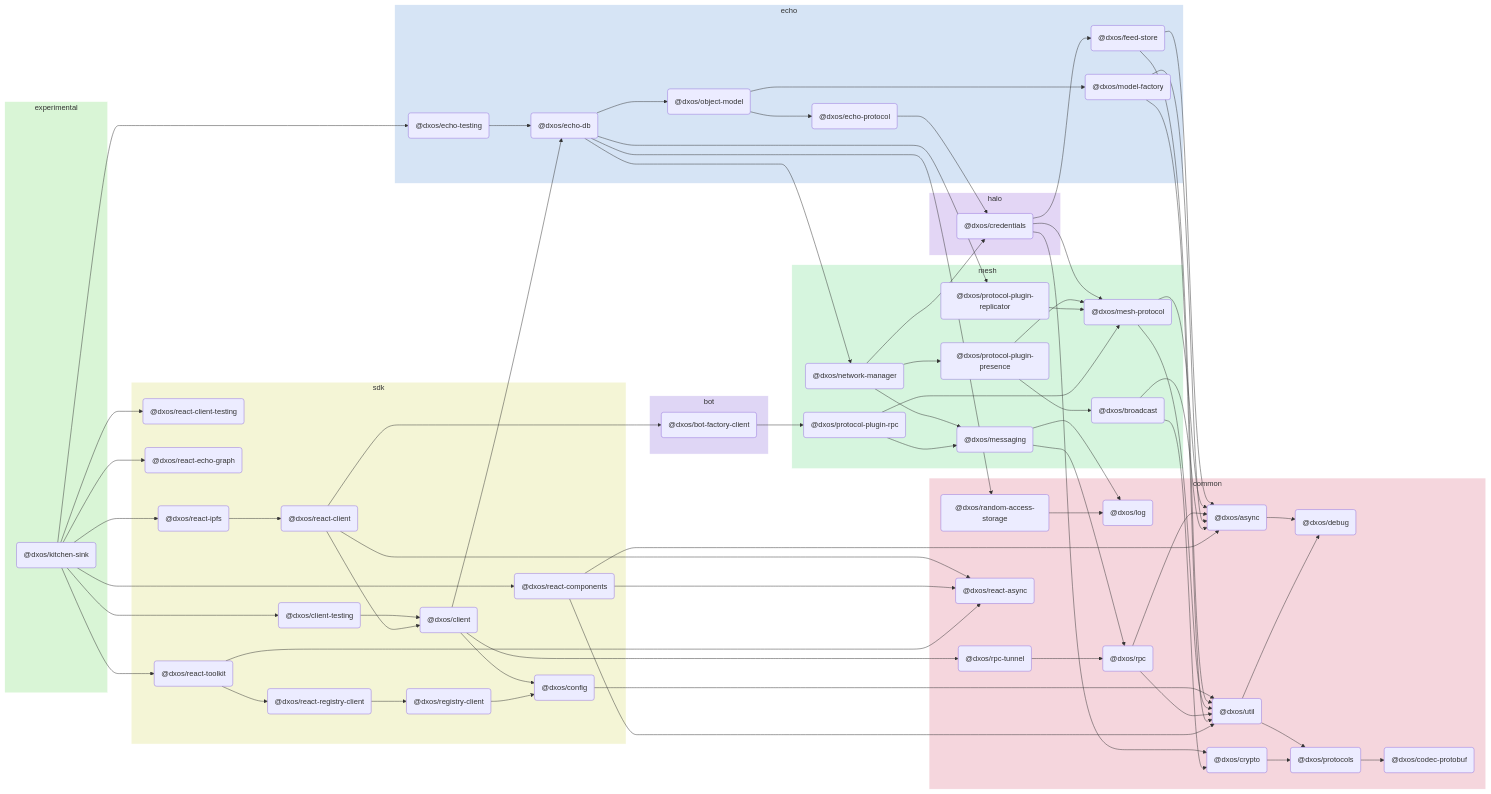
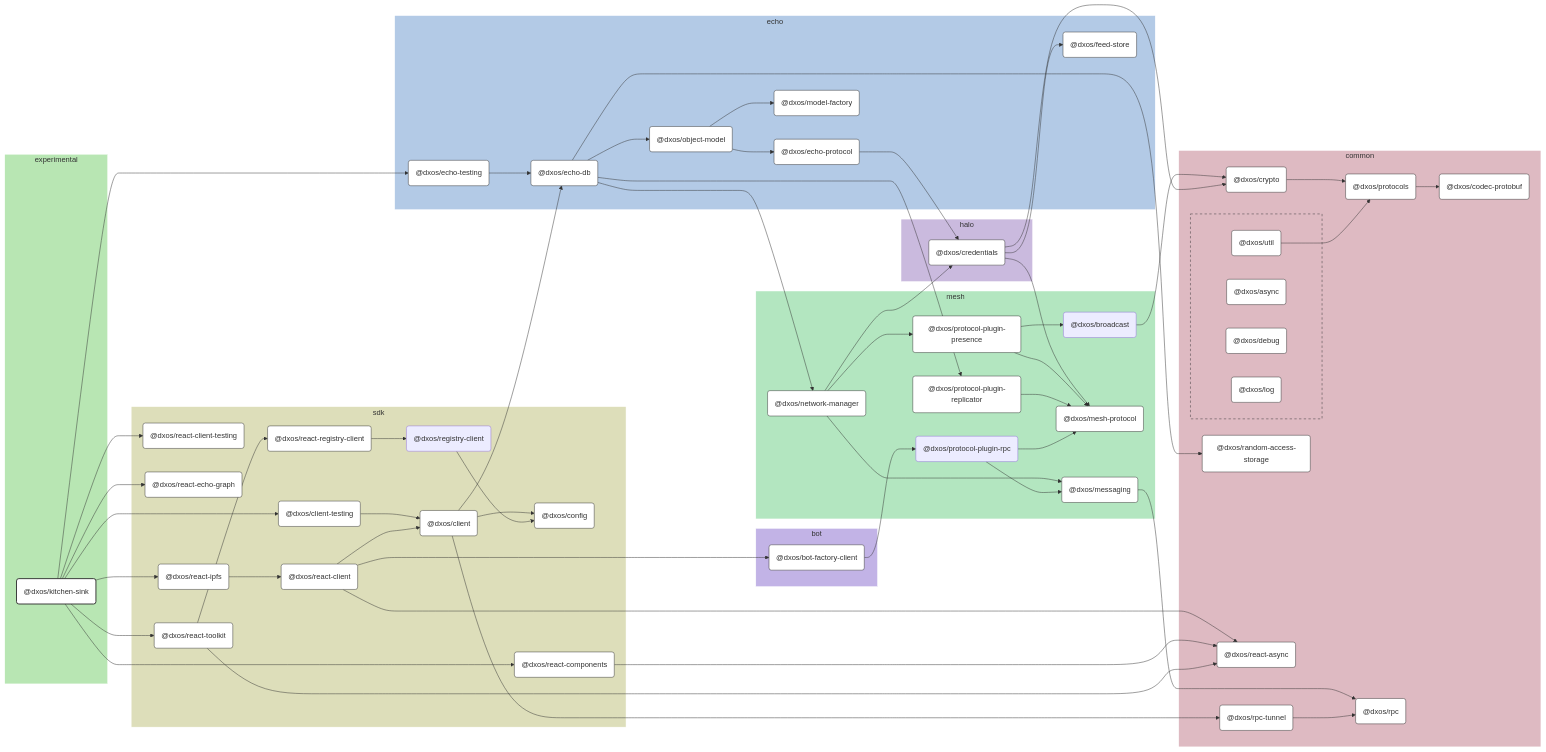
The diagram in apps/experimental/kitchen-sink/docs/README.md (dxos/dxos), drawn with Mermaid before and after one commit. The commit also changed other lines of this file and 109 other files, not shown here.

````diff
--- a/apps/experimental/kitchen-sink/docs/README.md
+++ b/apps/experimental/kitchen-sink/docs/README.md
@@ -5,132 +7,211 @@
 ```mermaid
-flowchart LR;
+%%{ init: {'flowchart':{'curve':'basis'}} }%%
 
+flowchart LR
+
+%% Links
+dxos/bot-factory-client --> dxos/protocol-plugin-rpc;
+dxos/broadcast --> dxos/crypto;
+dxos/client --> dxos/config;
+dxos/client --> dxos/echo-db;
+dxos/client --> dxos/rpc-tunnel;
+dxos/client-testing --> dxos/client;
+dxos/credentials --> dxos/crypto;
+dxos/credentials --> dxos/feed-store;
+dxos/credentials --> dxos/mesh-protocol;
+dxos/crypto --> dxos/protocols;
+dxos/echo-db --> dxos/network-manager;
+dxos/echo-db --> dxos/object-model;
+dxos/echo-db --> dxos/protocol-plugin-replicator;
+dxos/echo-db --> dxos/random-access-storage;
+dxos/echo-protocol --> dxos/credentials;
+dxos/echo-testing --> dxos/echo-db;
+dxos/kitchen-sink --> dxos/client-testing;
+dxos/kitchen-sink --> dxos/echo-testing;
+dxos/kitchen-sink --> dxos/react-client-testing;
+dxos/kitchen-sink --> dxos/react-components;
+dxos/kitchen-sink --> dxos/react-echo-graph;
+dxos/kitchen-sink --> dxos/react-ipfs;
+dxos/kitchen-sink --> dxos/react-toolkit;
+dxos/messaging --> dxos/rpc;
+dxos/network-manager --> dxos/credentials;
+dxos/network-manager --> dxos/messaging;
+dxos/network-manager --> dxos/protocol-plugin-presence;
+dxos/object-model --> dxos/echo-protocol;
+dxos/object-model --> dxos/model-factory;
+dxos/protocol-plugin-presence --> dxos/broadcast;
+dxos/protocol-plugin-presence --> dxos/mesh-protocol;
+dxos/protocol-plugin-replicator --> dxos/mesh-protocol;
+dxos/protocol-plugin-rpc --> dxos/mesh-protocol;
+dxos/protocol-plugin-rpc --> dxos/messaging;
+dxos/protocols --> dxos/codec-protobuf;
+dxos/react-client --> dxos/bot-factory-client;
+dxos/react-client --> dxos/client;
+dxos/react-client --> dxos/react-async;
+dxos/react-components --> dxos/react-async;
+dxos/react-ipfs --> dxos/react-client;
+dxos/react-registry-client --> dxos/registry-client;
+dxos/react-toolkit --> dxos/react-async;
+dxos/react-toolkit --> dxos/react-registry-client;
+dxos/registry-client --> dxos/config;
+dxos/rpc-tunnel --> dxos/rpc;
+dxos/util --> dxos/protocols;
+
+%% Sections
 subgraph experimental
-  style experimental fill:#d9f5d6,stroke:#fff;
-  dxos/kitchen-sink("@dxos/kitchen-sink");
+  style experimental fill:#b8e6b3,stroke:#fff;
+
+  dxos/kitchen-sink("@dxos/kitchen-sink")
 end
 
 subgraph sdk
-  style sdk fill:#f4f5d6,stroke:#fff;
-  dxos/client("@dxos/client");
-  dxos/config("@dxos/config");
-  dxos/client-testing("@dxos/client-testing");
-  dxos/react-client("@dxos/react-client");
-  dxos/react-client-testing("@dxos/react-client-testing");
-  dxos/react-components("@dxos/react-components");
-  dxos/react-echo-graph("@dxos/react-echo-graph");
-  dxos/react-ipfs("@dxos/react-ipfs");
-  dxos/react-toolkit("@dxos/react-toolkit");
-  dxos/react-registry-client("@dxos/react-registry-client");
-  dxos/registry-client("@dxos/registry-client");
+  style sdk fill:#dddeba,stroke:#fff;
+
+  dxos/client("@dxos/client")
+  dxos/client-testing("@dxos/client-testing")
+  dxos/config("@dxos/config")
+  dxos/react-client("@dxos/react-client")
+  dxos/react-client-testing("@dxos/react-client-testing")
+  dxos/react-components("@dxos/react-components")
+  dxos/react-echo-graph("@dxos/react-echo-graph")
+  dxos/react-ipfs("@dxos/react-ipfs")
+  dxos/react-registry-client("@dxos/react-registry-client")
+  dxos/react-toolkit("@dxos/react-toolkit")
+  dxos/registry-client("@dxos/registry-client")
 end
 
 subgraph common
-  style common fill:#f5d6dd,stroke:#fff;
-  dxos/async("@dxos/async");
-  dxos/debug("@dxos/debug");
-  dxos/codec-protobuf("@dxos/codec-protobuf");
-  dxos/protocols("@dxos/protocols");
-  dxos/util("@dxos/util");
-  dxos/log("@dxos/log");
-  dxos/crypto("@dxos/crypto");
-  dxos/rpc("@dxos/rpc");
-  dxos/random-access-storage("@dxos/random-access-storage");
-  dxos/rpc-tunnel("@dxos/rpc-tunnel");
-  dxos/react-async("@dxos/react-async");
+  style common fill:#debac2,stroke:#fff;
+
+  dxos/codec-protobuf("@dxos/codec-protobuf")
+  dxos/crypto("@dxos/crypto")
+  dxos/protocols("@dxos/protocols")
+  dxos/random-access-storage("@dxos/random-access-storage")
+  dxos/react-async("@dxos/react-async")
+  dxos/rpc("@dxos/rpc")
+  dxos/rpc-tunnel("@dxos/rpc-tunnel")
+
+  subgraph common-excluded [ ]
+    style common-excluded fill:#debac2,stroke:#333,stroke-dasharray:5 5;
+
+    dxos/async("@dxos/async")
+    dxos/debug("@dxos/debug")
+    dxos/log("@dxos/log")
+    dxos/util("@dxos/util")
+  end
 end
 
 subgraph echo
-  style echo fill:#d6e4f5,stroke:#fff;
-  dxos/echo-db("@dxos/echo-db");
-  dxos/feed-store("@dxos/feed-store");
-  dxos/echo-protocol("@dxos/echo-protocol");
-  dxos/model-factory("@dxos/model-factory");
-  dxos/object-model("@dxos/object-model");
-  dxos/echo-testing("@dxos/echo-testing");
+  style echo fill:#b3cae6,stroke:#fff;
+
+  dxos/echo-db("@dxos/echo-db")
+  dxos/echo-protocol("@dxos/echo-protocol")
+  dxos/echo-testing("@dxos/echo-testing")
+  dxos/feed-store("@dxos/feed-store")
+  dxos/model-factory("@dxos/model-factory")
+  dxos/object-model("@dxos/object-model")
 end
 
 subgraph halo
-  style halo fill:#e3d6f5,stroke:#fff;
-  dxos/credentials("@dxos/credentials");
+  style halo fill:#cabade,stroke:#fff;
+
+  dxos/credentials("@dxos/credentials")
 end
 
 subgraph mesh
-  style mesh fill:#d6f5de,stroke:#fff;
-  dxos/mesh-protocol("@dxos/mesh-protocol");
-  dxos/messaging("@dxos/messaging");
-  dxos/network-manager("@dxos/network-manager");
-  dxos/protocol-plugin-presence("@dxos/protocol-plugin-presence");
-  dxos/broadcast("@dxos/broadcast");
-  dxos/protocol-plugin-replicator("@dxos/protocol-plugin-replicator");
-  dxos/protocol-plugin-rpc("@dxos/protocol-plugin-rpc");
+  style mesh fill:#b3e6c0,stroke:#fff;
+
+  dxos/broadcast("@dxos/broadcast")
+  dxos/mesh-protocol("@dxos/mesh-protocol")
+  dxos/messaging("@dxos/messaging")
+  dxos/network-manager("@dxos/network-manager")
+  dxos/protocol-plugin-presence("@dxos/protocol-plugin-presence")
+  dxos/protocol-plugin-replicator("@dxos/protocol-plugin-replicator")
+  dxos/protocol-plugin-rpc("@dxos/protocol-plugin-rpc")
 end
 
 subgraph bot
-  style bot fill:#dfd6f5,stroke:#fff;
-  dxos/bot-factory-client("@dxos/bot-factory-client");
+  style bot fill:#c2b3e6,stroke:#fff;
+
+  dxos/bot-factory-client("@dxos/bot-factory-client")
 end
 
-dxos/async --> dxos/debug;
-dxos/client --> dxos/config;
-dxos/protocols --> dxos/codec-protobuf;
-dxos/config --> dxos/util;
-dxos/util --> dxos/debug;
-dxos/util --> dxos/protocols;
-dxos/client --> dxos/echo-db;
-dxos/credentials --> dxos/crypto;
-dxos/crypto --> dxos/protocols;
-dxos/credentials --> dxos/feed-store;
-dxos/feed-store --> dxos/async;
-dxos/feed-store --> dxos/util;
-dxos/credentials --> dxos/mesh-protocol;
-dxos/mesh-protocol --> dxos/async;
-dxos/mesh-protocol --> dxos/util;
-dxos/echo-protocol --> dxos/credentials;
-dxos/messaging --> dxos/log;
-dxos/messaging --> dxos/rpc;
-dxos/rpc --> dxos/async;
-dxos/rpc --> dxos/util;
-dxos/model-factory --> dxos/async;
-dxos/model-factory --> dxos/util;
-dxos/echo-db --> dxos/network-manager;
-dxos/network-manager --> dxos/credentials;
-dxos/network-manager --> dxos/messaging;
-dxos/network-manager --> dxos/protocol-plugin-presence;
-dxos/protocol-plugin-presence --> dxos/broadcast;
-dxos/broadcast --> dxos/async;
-dxos/broadcast --> dxos/crypto;
-dxos/protocol-plugin-presence --> dxos/mesh-protocol;
-dxos/echo-db --> dxos/object-model;
-dxos/object-model --> dxos/echo-protocol;
-dxos/object-model --> dxos/model-factory;
-dxos/echo-db --> dxos/protocol-plugin-replicator;
-dxos/protocol-plugin-replicator --> dxos/mesh-protocol;
-dxos/echo-db --> dxos/random-access-storage;
-dxos/random-access-storage --> dxos/log;
-dxos/client --> dxos/rpc-tunnel;
-dxos/rpc-tunnel --> dxos/rpc;
-dxos/kitchen-sink --> dxos/client-testing;
-dxos/client-testing --> dxos/client;
-dxos/kitchen-sink --> dxos/echo-testing;
-dxos/echo-testing --> dxos/echo-db;
-dxos/react-client --> dxos/bot-factory-client;
-dxos/bot-factory-client --> dxos/protocol-plugin-rpc;
-dxos/protocol-plugin-rpc --> dxos/messaging;
-dxos/protocol-plugin-rpc --> dxos/mesh-protocol;
-dxos/react-client --> dxos/client;
-dxos/react-client --> dxos/react-async;
-dxos/kitchen-sink --> dxos/react-client-testing;
-dxos/kitchen-sink --> dxos/react-components;
-dxos/react-components --> dxos/async;
-dxos/react-components --> dxos/react-async;
-dxos/react-components --> dxos/util;
-dxos/kitchen-sink --> dxos/react-echo-graph;
-dxos/kitchen-sink --> dxos/react-ipfs;
-dxos/react-ipfs --> dxos/react-client;
-dxos/kitchen-sink --> dxos/react-toolkit;
-dxos/react-toolkit --> dxos/react-async;
-dxos/react-toolkit --> dxos/react-registry-client;
-dxos/react-registry-client --> dxos/registry-client;
-dxos/registry-client --> dxos/config;
+
+%% Hyperlinks
+click dxos/async href "https:/github.com/dxos/dxos/tree/main/packages/common/async/docs";
+click dxos/bot-factory-client href "https:/github.com/dxos/dxos/tree/main/packages/bot/bot-factory-client/docs";
+click dxos/client href "https:/github.com/dxos/dxos/tree/main/packages/sdk/client/docs";
+click dxos/client-testing href "https:/github.com/dxos/dxos/tree/main/packages/sdk/client-testing/docs";
+click dxos/codec-protobuf href "https:/github.com/dxos/dxos/tree/main/packages/common/codec-protobuf/docs";
+click dxos/config href "https:/github.com/dxos/dxos/tree/main/packages/sdk/config/docs";
+click dxos/credentials href "https:/github.com/dxos/dxos/tree/main/packages/halo/credentials/docs";
+click dxos/crypto href "https:/github.com/dxos/dxos/tree/main/packages/common/crypto/docs";
+click dxos/debug href "https:/github.com/dxos/dxos/tree/main/packages/common/debug/docs";
+click dxos/echo-db href "https:/github.com/dxos/dxos/tree/main/packages/echo/echo-db/docs";
+click dxos/echo-protocol href "https:/github.com/dxos/dxos/tree/main/packages/echo/echo-protocol/docs";
+click dxos/echo-testing href "https:/github.com/dxos/dxos/tree/main/packages/echo/echo-testing/docs";
+click dxos/feed-store href "https:/github.com/dxos/dxos/tree/main/packages/echo/feed-store/docs";
+click dxos/log href "https:/github.com/dxos/dxos/tree/main/packages/common/log/docs";
+click dxos/mesh-protocol href "https:/github.com/dxos/dxos/tree/main/packages/mesh/mesh-protocol/docs";
+click dxos/messaging href "https:/github.com/dxos/dxos/tree/main/packages/mesh/messaging/docs";
+click dxos/model-factory href "https:/github.com/dxos/dxos/tree/main/packages/echo/model-factory/docs";
+click dxos/network-manager href "https:/github.com/dxos/dxos/tree/main/packages/mesh/network-manager/docs";
+click dxos/object-model href "https:/github.com/dxos/dxos/tree/main/packages/echo/object-model/docs";
+click dxos/protocol-plugin-presence href "https:/github.com/dxos/dxos/tree/main/packages/mesh/protocol-plugin-presence/docs";
+click dxos/protocol-plugin-replicator href "https:/github.com/dxos/dxos/tree/main/packages/mesh/protocol-plugin-replicator/docs";
+click dxos/protocols href "https:/github.com/dxos/dxos/tree/main/packages/common/protocols/docs";
+click dxos/random-access-storage href "https:/github.com/dxos/dxos/tree/main/packages/common/random-access-storage/docs";
+click dxos/react-async href "https:/github.com/dxos/dxos/tree/main/packages/common/react-async/docs";
+click dxos/react-client href "https:/github.com/dxos/dxos/tree/main/packages/sdk/react-client/docs";
+click dxos/react-client-testing href "https:/github.com/dxos/dxos/tree/main/packages/sdk/react-client-testing/docs";
+click dxos/react-components href "https:/github.com/dxos/dxos/tree/main/packages/sdk/react-components/docs";
+click dxos/react-echo-graph href "https:/github.com/dxos/dxos/tree/main/packages/sdk/react-echo-graph/docs";
+click dxos/react-ipfs href "https:/github.com/dxos/dxos/tree/main/packages/sdk/react-ipfs/docs";
+click dxos/react-registry-client href "https:/github.com/dxos/dxos/tree/main/packages/sdk/react-registry-client/docs";
+click dxos/react-toolkit href "https:/github.com/dxos/dxos/tree/main/packages/sdk/react-toolkit/docs";
+click dxos/rpc href "https:/github.com/dxos/dxos/tree/main/packages/common/rpc/docs";
+click dxos/rpc-tunnel href "https:/github.com/dxos/dxos/tree/main/packages/common/rpc-tunnel/docs";
+click dxos/util href "https:/github.com/dxos/dxos/tree/main/packages/common/util/docs";
+
+%% Styles
+classDef rootNode fill:#fff,stroke:#333,stroke-width:2px
+classDef defaultNode fill:#fff,stroke:#333,stroke-width:1px
+linkStyle default stroke:#333,stroke-width:1px
+
+dxos/kitchen-sink:::rootNode
+
+dxos/async:::defaultNode
+dxos/bot-factory-client:::defaultNode
+dxos/client:::defaultNode
+dxos/client-testing:::defaultNode
+dxos/codec-protobuf:::defaultNode
+dxos/config:::defaultNode
+dxos/credentials:::defaultNode
+dxos/crypto:::defaultNode
+dxos/debug:::defaultNode
+dxos/echo-db:::defaultNode
+dxos/echo-protocol:::defaultNode
+dxos/echo-testing:::defaultNode
+dxos/feed-store:::defaultNode
+dxos/log:::defaultNode
+dxos/mesh-protocol:::defaultNode
+dxos/messaging:::defaultNode
+dxos/model-factory:::defaultNode
+dxos/network-manager:::defaultNode
+dxos/object-model:::defaultNode
+dxos/protocol-plugin-presence:::defaultNode
+dxos/protocol-plugin-replicator:::defaultNode
+dxos/protocols:::defaultNode
+dxos/random-access-storage:::defaultNode
+dxos/react-async:::defaultNode
+dxos/react-client:::defaultNode
+dxos/react-client-testing:::defaultNode
+dxos/react-components:::defaultNode
+dxos/react-echo-graph:::defaultNode
+dxos/react-ipfs:::defaultNode
+dxos/react-registry-client:::defaultNode
+dxos/react-toolkit:::defaultNode
+dxos/rpc:::defaultNode
+dxos/rpc-tunnel:::defaultNode
+dxos/util:::defaultNode
 ```
````
